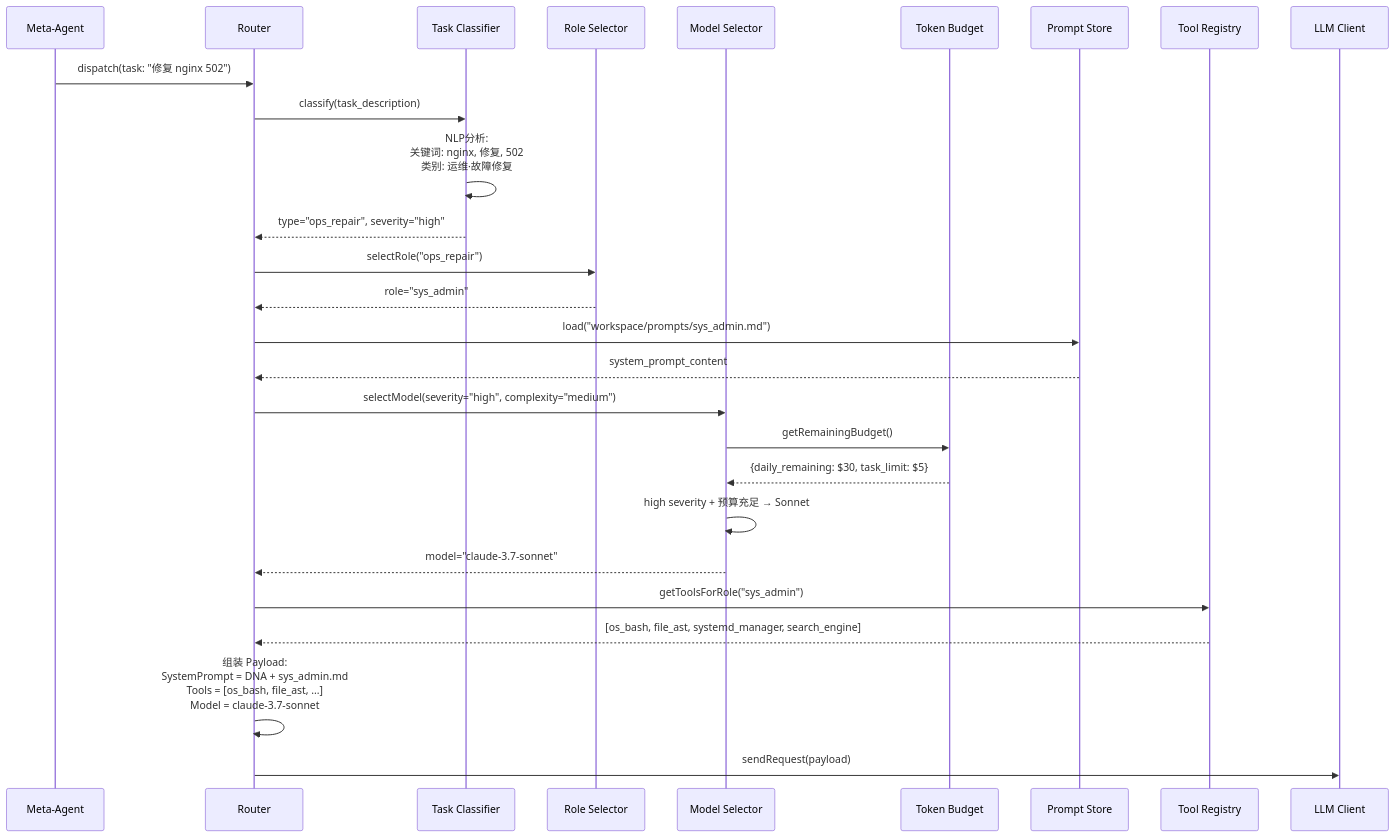
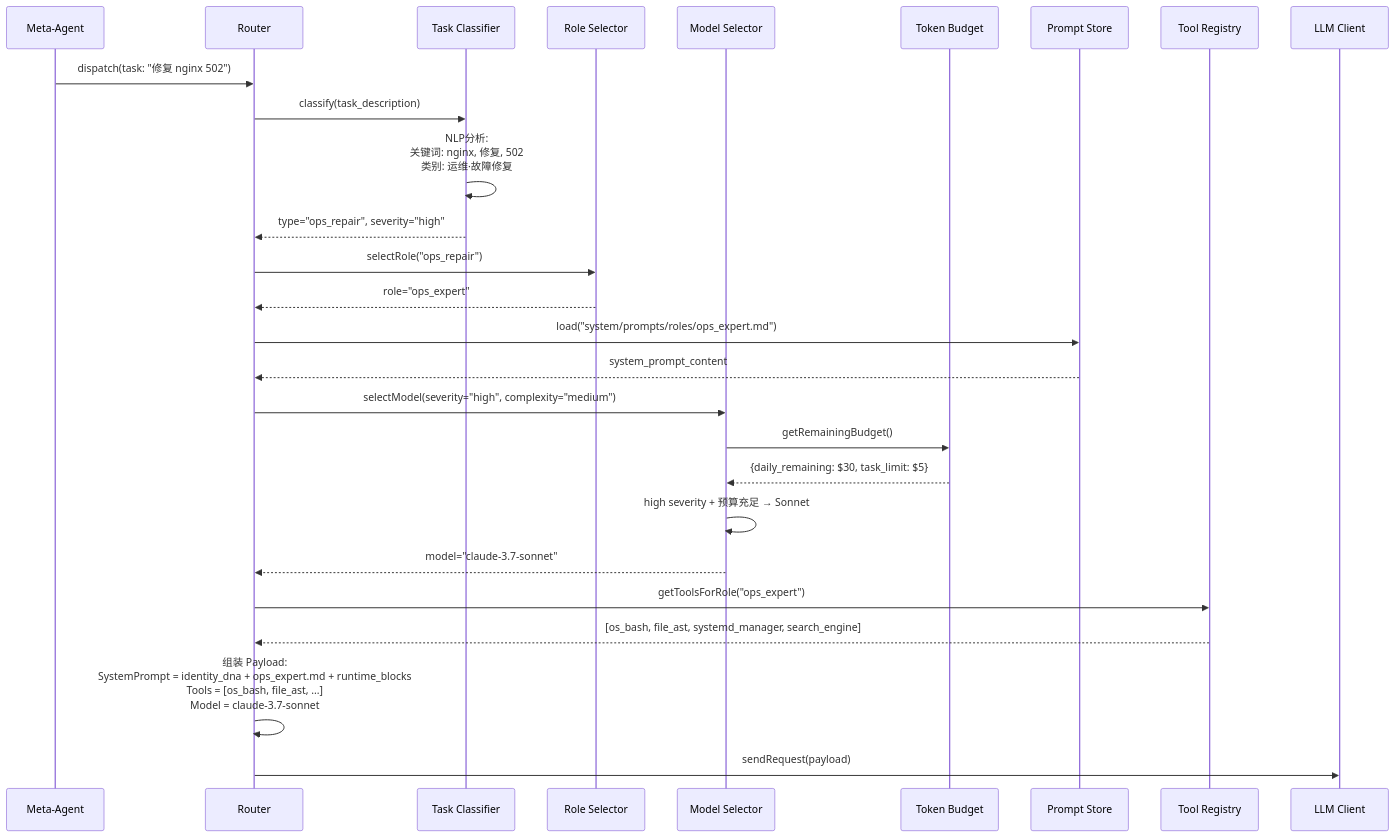
The fourth of 17 diagrams in doc/11-brain-layer-modules.md (Yidhar/Embla_System), drawn with Mermaid before and after one commit. The commit also changed other lines of this file and 11 other files, not shown here.

Commit message:
docs(prompt): align canonical DNA and routing layers

````diff
--- a/doc/11-brain-layer-modules.md
+++ b/doc/11-brain-layer-modules.md
@@ -203,36 +203,36 @@
 ```mermaid
 sequenceDiagram
     participant META as Meta-Agent
     participant RT as Router
     participant CLASS as Task Classifier
     participant ROLE as Role Selector
     participant MODEL as Model Selector
     participant BUDGET as Token Budget
     participant PROMPT as Prompt Store
     participant TOOL as Tool Registry
     participant LLM as LLM Client
 
     META->>RT: dispatch(task: "修复 nginx 502")
 
     RT->>CLASS: classify(task_description)
     CLASS->>CLASS: NLP分析:<br/>关键词: nginx, 修复, 502<br/>类别: 运维·故障修复
     CLASS-->>RT: type="ops_repair", severity="high"
 
     RT->>ROLE: selectRole("ops_repair")
-    ROLE-->>RT: role="sys_admin"
-    RT->>PROMPT: load("workspace/prompts/sys_admin.md")
+    ROLE-->>RT: role="ops_expert"
+    RT->>PROMPT: load("system/prompts/roles/ops_expert.md")
     PROMPT-->>RT: system_prompt_content
 
     RT->>MODEL: selectModel(severity="high", complexity="medium")
     MODEL->>BUDGET: getRemainingBudget()
     BUDGET-->>MODEL: {daily_remaining: $30, task_limit: $5}
     MODEL->>MODEL: high severity + 预算充足 → Sonnet
     MODEL-->>RT: model="claude-3.7-sonnet"
 
-    RT->>TOOL: getToolsForRole("sys_admin")
+    RT->>TOOL: getToolsForRole("ops_expert")
     TOOL-->>RT: [os_bash, file_ast, systemd_manager, search_engine]
 
-    RT->>RT: 组装 Payload:<br/>SystemPrompt = DNA + sys_admin.md<br/>Tools = [os_bash, file_ast, ...]<br/>Model = claude-3.7-sonnet
+    RT->>RT: 组装 Payload:<br/>SystemPrompt = identity_dna + ops_expert.md + runtime_blocks<br/>Tools = [os_bash, file_ast, ...]<br/>Model = claude-3.7-sonnet
 
     RT->>LLM: sendRequest(payload)
 ```
````
